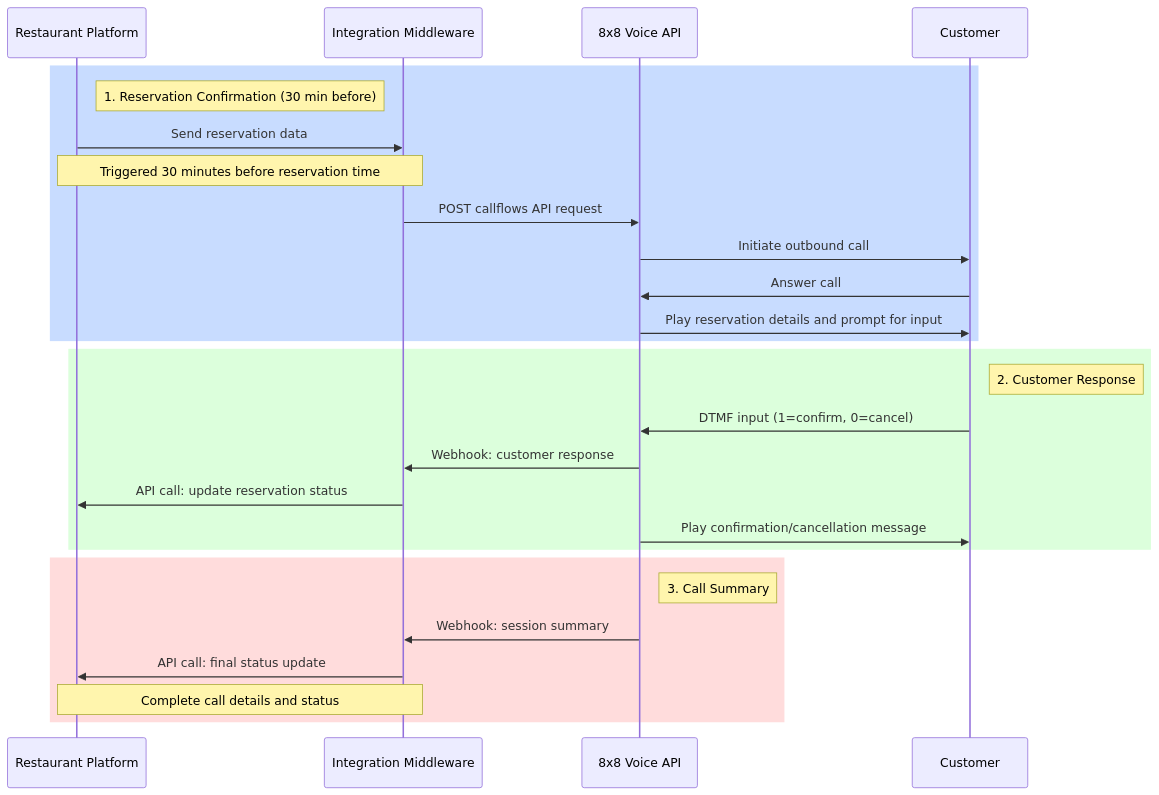
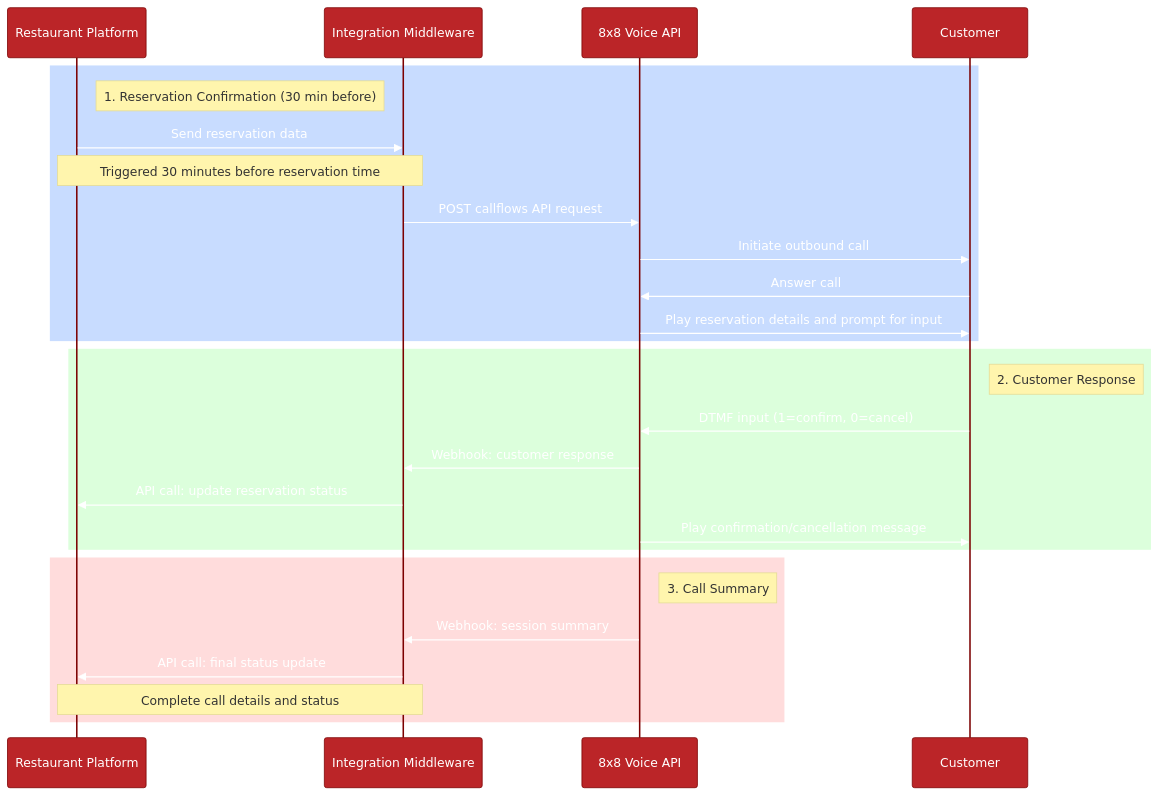
Before and after one commit to harrism04/voice_messaging: the diagram in flow_diagram_simple.md, drawn with Mermaid.

Commit message:
Update flow_diagram_simple.md
Updated diagram to be legible in both dark and light theme

````diff
--- a/flow_diagram_simple.md
+++ b/flow_diagram_simple.md
@@ -3,32 +3,46 @@
 ```mermaid
+%%{init: {
+  'theme': 'base', 
+  'themeVariables': {
+    'primaryColor': '#BB2528',
+    'primaryTextColor': '#fff',
+    'primaryBorderColor': '#7C0000',
+    'lineColor': '#F8B229',
+    'secondaryColor': '#006100',
+    'tertiaryColor': '#fff',
+    'textColor': 'var(--color-fg-default)',
+    'noteTextColor': 'var(--color-fg-default)',
+    'noteBkgColor': '#fff5ad',
+    'noteTextColor': '#333',
+    'edgeLabelBackground': '#fff',
+    'background': 'transparent'
+  }
+}}%%
 sequenceDiagram
     participant Platform as Restaurant Platform
     participant Middleware as Integration Middleware
     participant Voice8x8 as 8x8 Voice API
     participant Customer as Customer
-
     rect rgb(200, 220, 255)
         note right of Platform: 1. Reservation Confirmation (30 min before)
         Platform->>Middleware: Send reservation data
         Note over Platform,Middleware: Triggered 30 minutes before reservation time
         Middleware->>Voice8x8: POST callflows API request
         Voice8x8->>Customer: Initiate outbound call
         Customer->>Voice8x8: Answer call
         Voice8x8->>Customer: Play reservation details and prompt for input
     end
-
     rect rgb(220, 255, 220)
         note right of Customer: 2. Customer Response
         Customer->>Voice8x8: DTMF input (1=confirm, 0=cancel)
         Voice8x8->>Middleware: Webhook: customer response
         Middleware->>Platform: API call: update reservation status
         Voice8x8->>Customer: Play confirmation/cancellation message
     end
-
     rect rgb(255, 220, 220)
         note right of Voice8x8: 3. Call Summary
         Voice8x8->>Middleware: Webhook: session summary
         Middleware->>Platform: API call: final status update
         Note over Middleware,Platform: Complete call details and status
     end
 ```
````
